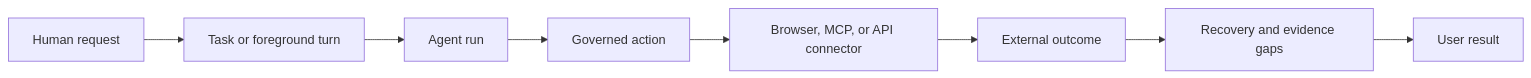
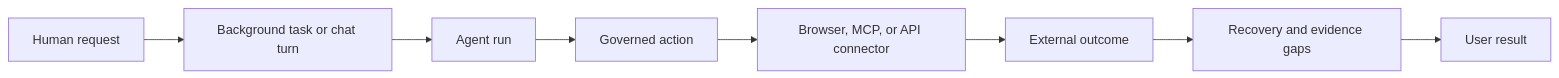
Before and after one commit to kpsuperplane/Noema: the first of 29 diagrams in docs/superpowers/plans/2026-08-08-noema-practical-reliability-roadmap.md, drawn with Mermaid. The commit also changed other lines of this file, not shown here.

Commit message:
docs: make plain code the first roadmap phase

````diff
--- a/docs/superpowers/plans/2026-08-08-noema-practical-reliability-roadmap.md
+++ b/docs/superpowers/plans/2026-08-08-noema-practical-reliability-roadmap.md
@@ -48,10 +49,10 @@
 ```mermaid
 flowchart LR
-    H["Human request"] --> T["Task or foreground turn"]
+    H["Human request"] --> T["Background task or chat turn"]
     T --> R["Agent run"]
     R --> G["Governed action"]
     G --> C["Browser, MCP, or API connector"]
     C --> O["External outcome"]
     O --> X["Recovery and evidence gaps"]
     X --> U["User result"]
 ```
````
